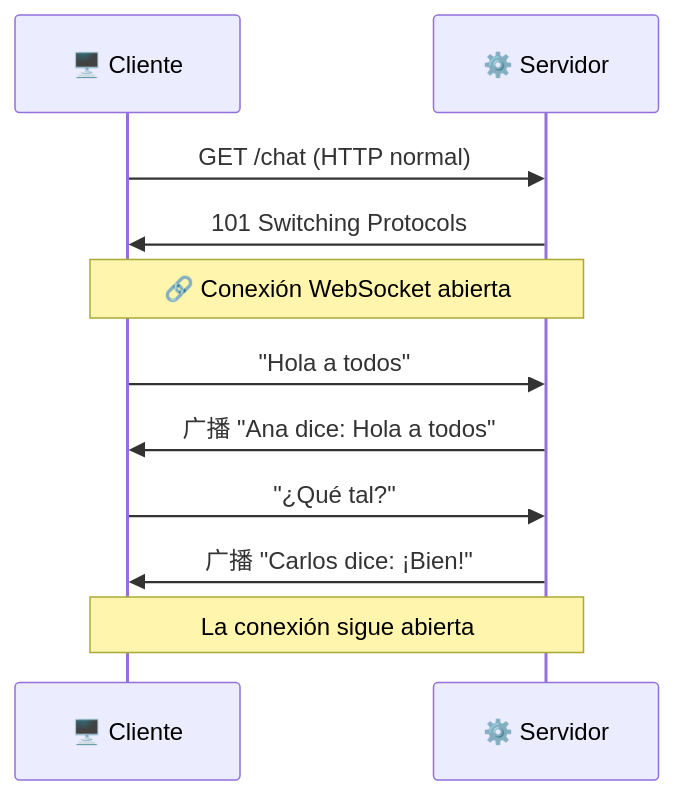
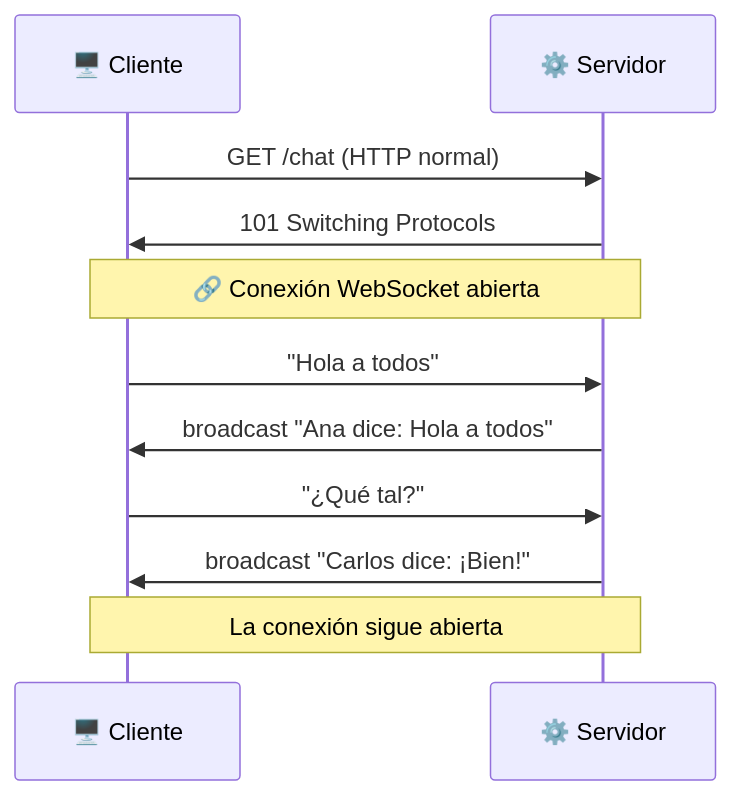
The diagram in 05-servicios-web-apis.md (joseluisgs/DesarrolloWebEntornosServidor-01-2026-2027), drawn with Mermaid before and after one commit. The commit also changed 7 other files, not shown here.

````diff
--- a/05-servicios-web-apis.md
+++ b/05-servicios-web-apis.md
@@ -169,14 +169,14 @@
 ```mermaid
 sequenceDiagram
     participant C as 🖥️ Cliente
     participant S as ⚙️ Servidor
 
     C->>S: GET /chat (HTTP normal)
     S->>C: 101 Switching Protocols
     Note over C,S: 🔗 Conexión WebSocket abierta
     C->>S: "Hola a todos"
-    S->>C:广播 "Ana dice: Hola a todos"
+    S->>C: broadcast "Ana dice: Hola a todos"
     C->>S: "¿Qué tal?"
-    S->>C:广播 "Carlos dice: ¡Bien!"
+    S->>C: broadcast "Carlos dice: ¡Bien!"
     Note over C,S: La conexión sigue abierta
 ```
````
